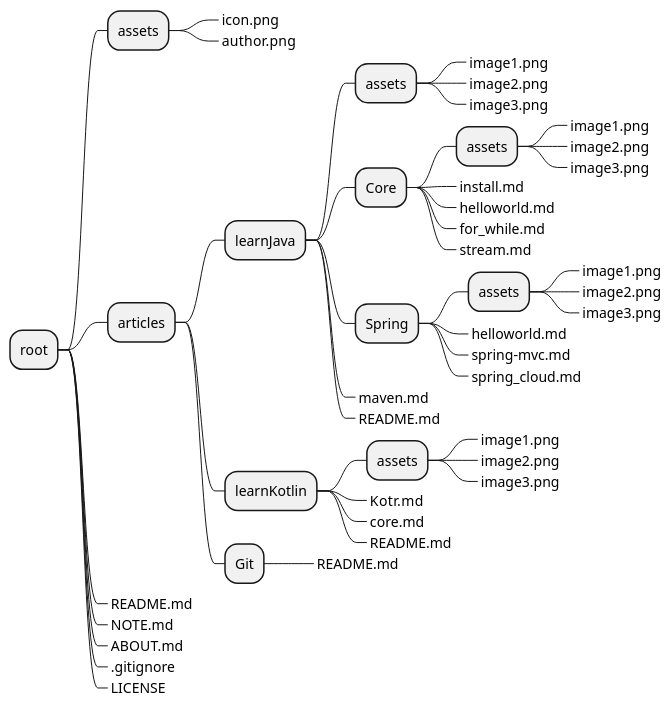
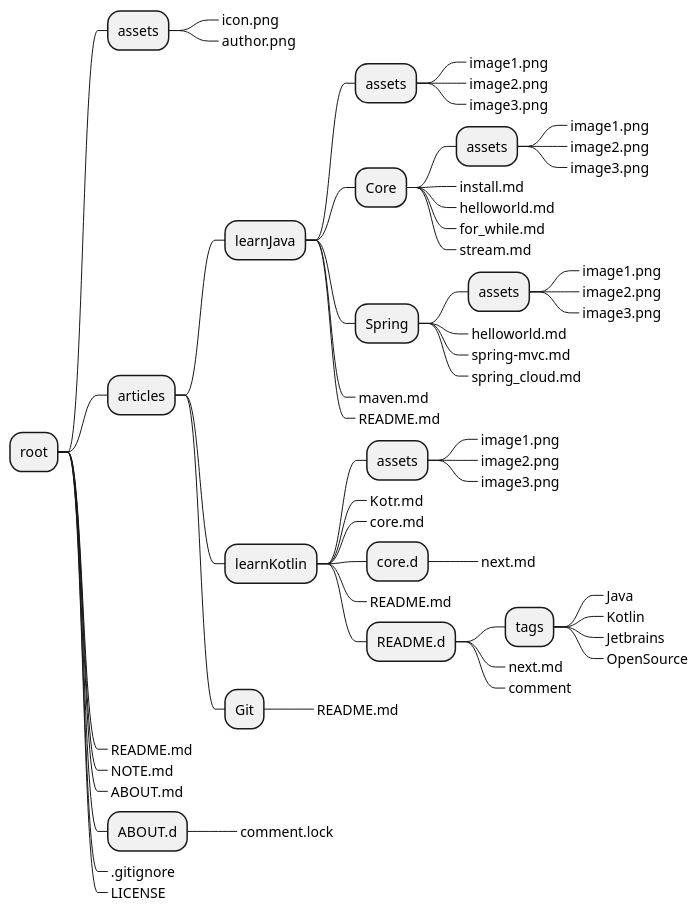
One commit to StaticBlog4K/BlogCore changed the seventh of 8 diagrams in DEV.md. Above: the diagram before and after it, drawn with PlantUML. The commit also changed other lines of this file, not shown here.

````diff
--- a/DEV.md
+++ b/DEV.md
@@ -75,48 +126,60 @@
 ```plantuml
 @startmindmap
 * root
 ** assets
 ***_ icon.png
 ***_ author.png
 ** articles
 *** learnJava
 **** assets
 *****_ image1.png
 *****_ image2.png
 *****_ image3.png
 **** Core
 ***** assets
 ******_ image1.png
 ******_ image2.png
 ******_ image3.png
 *****_ install.md
 *****_ helloworld.md
 *****_ for_while.md
 *****_ stream.md
 **** Spring
 ***** assets
 ******_ image1.png
 ******_ image2.png
 ******_ image3.png
 *****_ helloworld.md
 *****_ spring-mvc.md
 *****_ spring_cloud.md
 ****_ maven.md
 ****_ README.md
 *** learnKotlin
 **** assets
 *****_ image1.png
 *****_ image2.png
 *****_ image3.png
 ****_ Kotr.md
 ****_ core.md
+**** core.d
+*****_ next.md
 ****_ README.md
+**** README.d
+***** tags
+******_ Java
+******_ Kotlin
+******_ Jetbrains
+******_ OpenSource
+*****_ next.md
+*****_ comment
 *** Git
 ****_ README.md
 **_ README.md
 **_ NOTE.md
 **_ ABOUT.md
+** ABOUT.d
+***_ comment.lock
 **_ .gitignore
 **_ LICENSE
 @endmindmap
 ```
````
